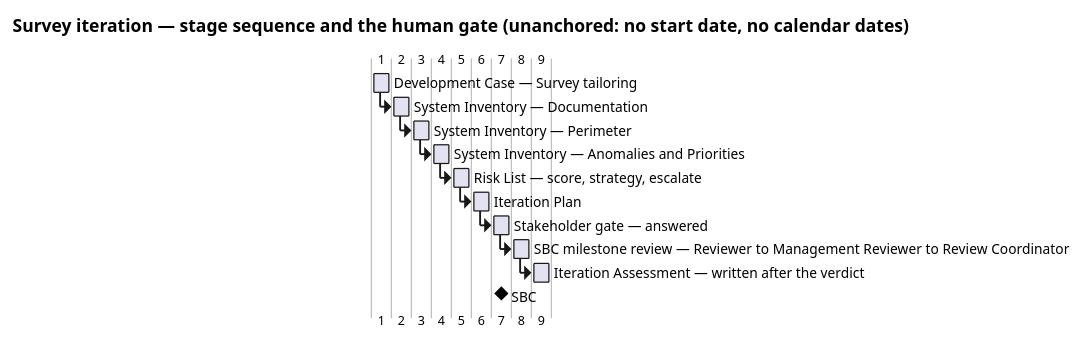
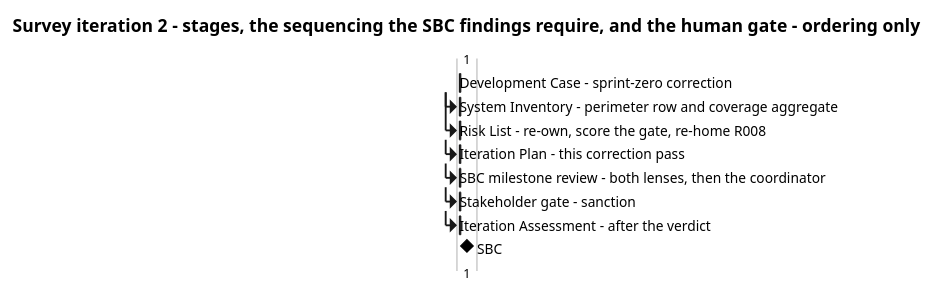
Before and after one commit to banense-test/TodoApp: the second of 3 diagrams in docs/artifacts/project-management/iteration-plan.md, drawn with PlantUML. The commit also changed other lines of this file, not shown here.

First line of the commit message:
Project Manager [Survey2]: upsert Iteration Plan

````diff
--- a/docs/artifacts/project-management/iteration-plan.md
+++ b/docs/artifacts/project-management/iteration-plan.md
@@ -119,36 +121,33 @@
 ```plantuml
 @startgantt
-title Survey iteration — stage sequence and the human gate (unanchored: no start date, no calendar dates)
+title Survey iteration 2 - stages, the sequencing the SBC findings require, and the human gate - ordering only
 skinparam shadowing false
 
-[Development Case — Survey tailoring] lasts 1 day
-[System Inventory — Documentation] lasts 1 day
-[System Inventory — Perimeter] lasts 1 day
-[System Inventory — Anomalies and Priorities] lasts 1 day
-[Risk List — score, strategy, escalate] lasts 1 day
-[Iteration Plan] lasts 1 day
-[Stakeholder gate — answered] lasts 1 day
-[SBC milestone review — Reviewer to Management Reviewer to Review Coordinator] lasts 1 day
-[Iteration Assessment — written after the verdict] lasts 1 day
+[Development Case - sprint-zero correction] lasts 0 day
+[System Inventory - perimeter row and coverage aggregate] lasts 0 day
+[Risk List - re-own, score the gate, re-home R008] lasts 0 day
+[Iteration Plan - this correction pass] lasts 0 day
+[SBC milestone review - both lenses, then the coordinator] lasts 0 day
+[Stakeholder gate - sanction] lasts 0 day
+[Iteration Assessment - after the verdict] lasts 0 day
 
-[System Inventory — Documentation] starts at [Development Case — Survey tailoring]'s end
-[System Inventory — Perimeter] starts at [System Inventory — Documentation]'s end
-[System Inventory — Anomalies and Priorities] starts at [System Inventory — Perimeter]'s end
-[Risk List — score, strategy, escalate] starts at [System Inventory — Anomalies and Priorities]'s end
-[Iteration Plan] starts at [Risk List — score, strategy, escalate]'s end
-[Stakeholder gate — answered] starts at [Iteration Plan]'s end
-[SBC milestone review — Reviewer to Management Reviewer to Review Coordinator] starts at [Stakeholder gate — answered]'s end
-[Iteration Assessment — written after the verdict] starts at [SBC milestone review — Reviewer to Management Reviewer to Review Coordinator]'s end
+[Risk List - re-own, score the gate, re-home R008] starts at [Development Case - sprint-zero correction]'s end
+[System Inventory - perimeter row and coverage aggregate] starts at [Development Case - sprint-zero correction]'s end
+[Iteration Plan - this correction pass] starts at [Risk List - re-own, score the gate, re-home R008]'s end
+[SBC milestone review - both lenses, then the coordinator] starts at [Iteration Plan - this correction pass]'s end
+[Stakeholder gate - sanction] starts at [SBC milestone review - both lenses, then the coordinator]'s end
+[Iteration Assessment - after the verdict] starts at [Stakeholder gate - sanction]'s end
 
-[SBC] happens at [Stakeholder gate — answered]'s end
+[SBC] happens at [Stakeholder gate - sanction]'s end
 
 note bottom
-  Bar length carries ordering only. No stage here has been measured,
-  so no bar is a forecast of its duration: each stage ends when its
-  exit condition passes.
-  The gate is answered four times: perimeter, the three risk
-  acceptances, the Excavation split, the budget position. It was a
-  human wait — days of queue time, ceiling 14.
+  Every bar is a zero span: PlantUML requires the root bar's span to be
+  declared, and it is declared zero. No bar is a forecast of duration -
+  an item ends when its exit condition passes. The Development Case
+  correction is sequenced first because it defines the convention source
+  Excavation and Consolidation work under; the Iteration Plan follows it
+  because the plan schedules what the tailoring records. The gate is R021:
+  days of queue time, ceiling 14, then the process suspends.
 end note
 @endgantt
 ```
````
